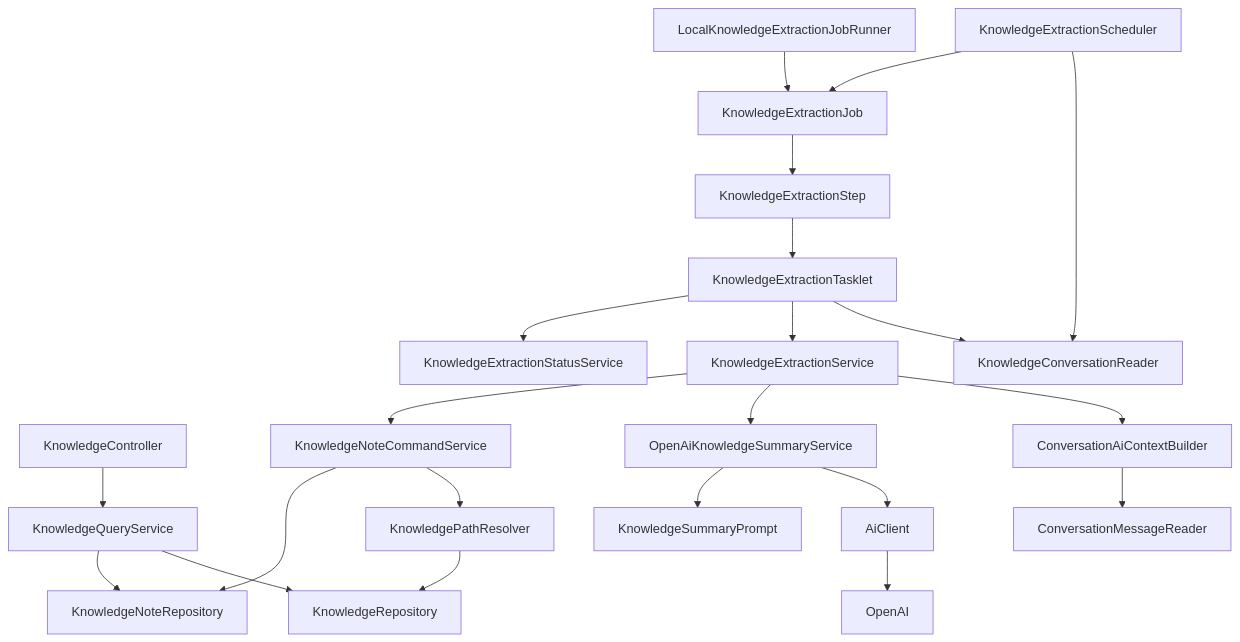
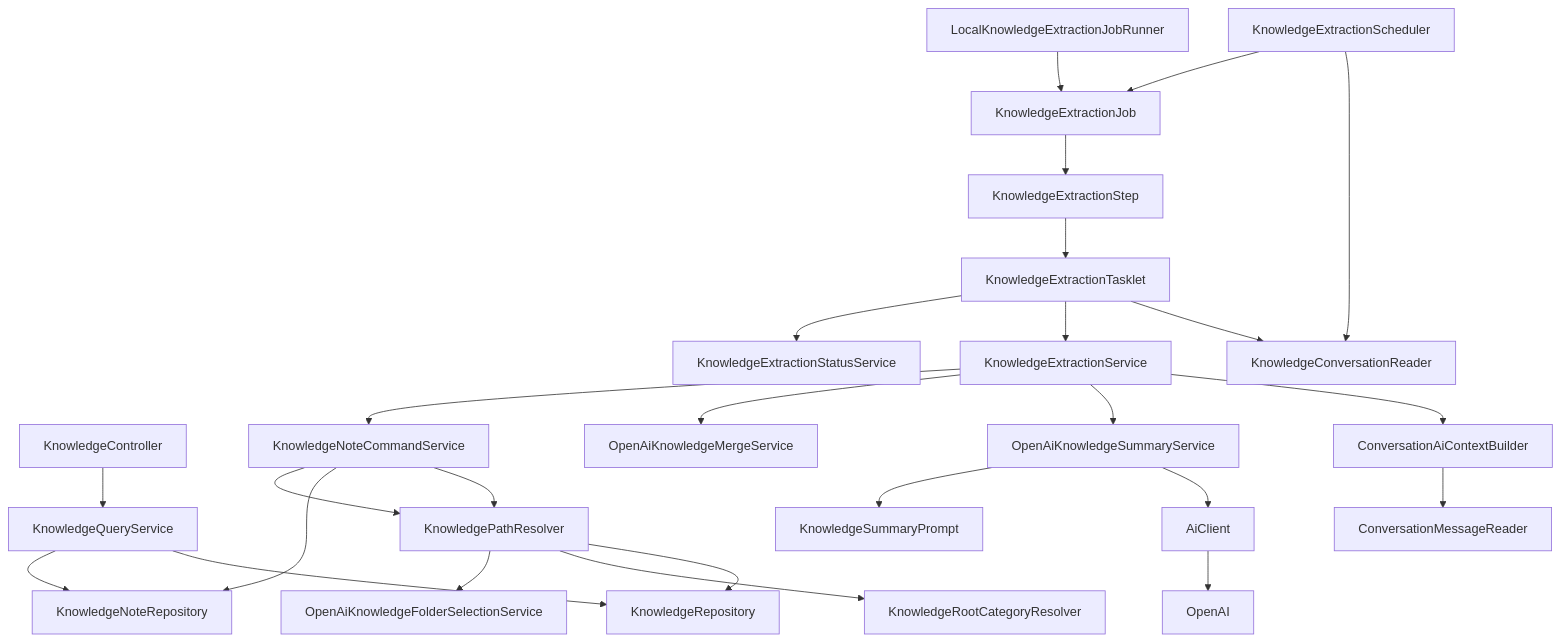
Before and after one commit to keunoh/feldbuch: the fourth of 5 diagrams in docs/FELDBUCH_DEVELOPMENT_DOCUMENTATION.md, drawn with Mermaid. The commit also changed other lines of this file and 3 other files, not shown here.

````diff
--- a/docs/FELDBUCH_DEVELOPMENT_DOCUMENTATION.md
+++ b/docs/FELDBUCH_DEVELOPMENT_DOCUMENTATION.md
@@ -236,27 +247,31 @@
 ```mermaid
 flowchart TD
     KnowledgeController --> KnowledgeQueryService
     KnowledgeQueryService --> KnowledgeRepository
     KnowledgeQueryService --> KnowledgeNoteRepository
 
     OpenAiKnowledgeSummaryService --> AiClient
     OpenAiKnowledgeSummaryService --> KnowledgeSummaryPrompt
     AiClient --> OpenAI
 
     KnowledgeNoteCommandService --> KnowledgePathResolver
     KnowledgePathResolver --> KnowledgeRepository
     KnowledgeNoteCommandService --> KnowledgeNoteRepository
 
     KnowledgeExtractionScheduler --> KnowledgeConversationReader
     KnowledgeExtractionScheduler --> KnowledgeExtractionJob
     LocalKnowledgeExtractionJobRunner --> KnowledgeExtractionJob
     KnowledgeExtractionJob --> KnowledgeExtractionStep
     KnowledgeExtractionStep --> KnowledgeExtractionTasklet
     KnowledgeExtractionTasklet --> KnowledgeConversationReader
     KnowledgeExtractionTasklet --> KnowledgeExtractionService
     KnowledgeExtractionTasklet --> KnowledgeExtractionStatusService
     KnowledgeExtractionService --> ConversationAiContextBuilder
     ConversationAiContextBuilder --> ConversationMessageReader
     KnowledgeExtractionService --> OpenAiKnowledgeSummaryService
+    KnowledgeExtractionService --> OpenAiKnowledgeMergeService
     KnowledgeExtractionService --> KnowledgeNoteCommandService
+    KnowledgeNoteCommandService --> KnowledgePathResolver
+    KnowledgePathResolver --> KnowledgeRootCategoryResolver
+    KnowledgePathResolver --> OpenAiKnowledgeFolderSelectionService
 ```
````
